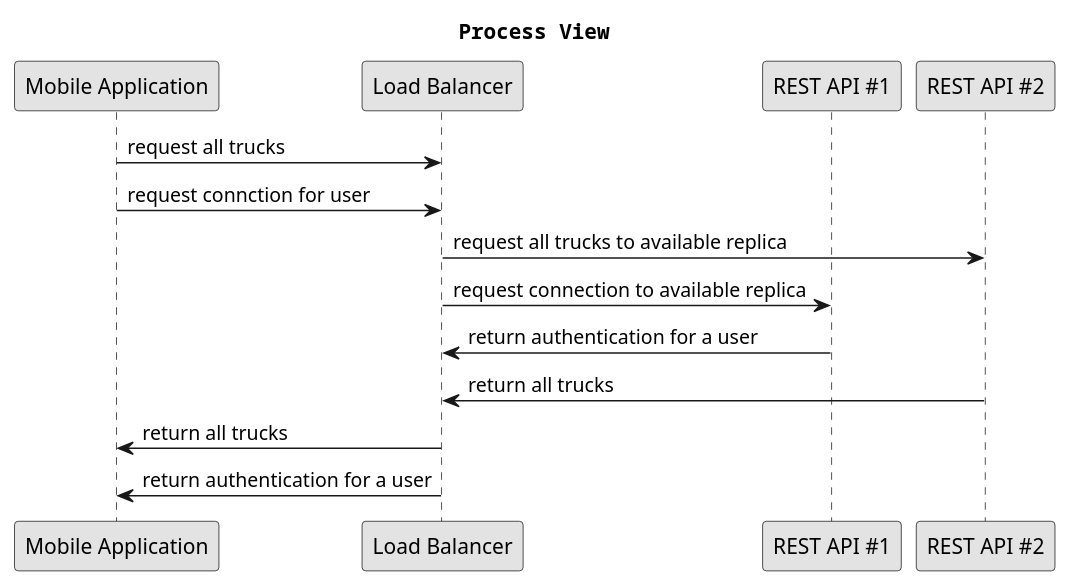
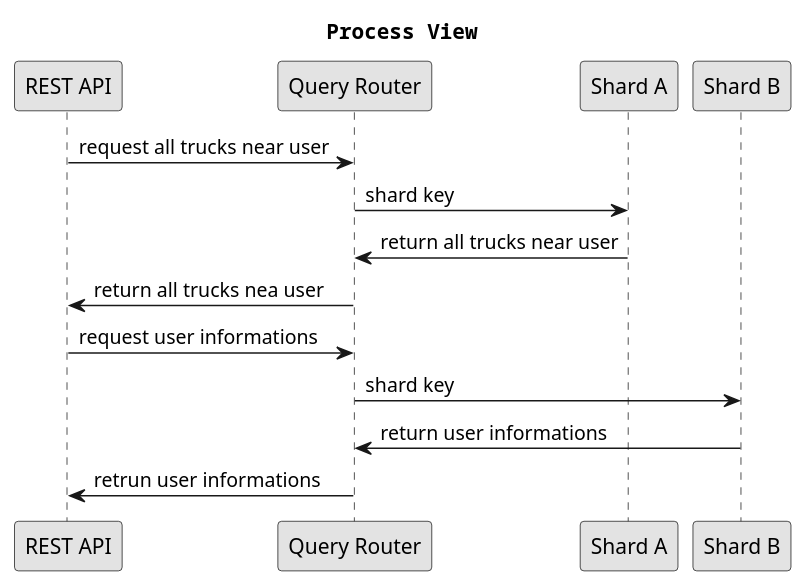
One commit to USI-MSDE-SA-2022/software-architecture-model-OttavioBuonomoUSI changed diagram 33 of 39 in src/sa/model/index.md. Above: the diagram before and after it, drawn with PlantUML. The commit also changed other lines of this file and 1 other file, not shown here.

````diff
--- a/src/sa/model/index.md
+++ b/src/sa/model/index.md
@@ -1971,23 +2167,25 @@
 ```puml
 @startuml
 title Process View
 
-participant "Mobile Application" as MA
-participant "Load Balancer" as LB
-participant "REST API #1" as RAPI
-participant "REST API #2" as RAPI2
+participant "REST API" as RAPI
+participant "Query Router" as QR
+participant "Shard A" as SA
+participant "Shard B" as SB
 
-MA -> LB : request all trucks
-MA -> LB : request connction for user
-LB -> RAPI2 : request all trucks to available replica
-LB -> RAPI :  request connection to available replica
-RAPI -> LB : return authentication for a user
-RAPI2 -> LB : return all trucks
-LB -> MA : return all trucks
-LB -> MA : return authentication for a user
+RAPI -> QR : request all trucks near user
+QR -> SA : shard key
+SA -> QR : return all trucks near user
+QR -> RAPI : return all trucks nea user
+
+RAPI -> QR : request user informations
+QR -> SB : shard key
+SB -> QR : return user informations
+QR -> RAPI : retrun user informations
+
 
 skinparam monochrome true
 skinparam shadowing false
 skinparam defaultFontName Courier
 @enduml
 ```
````
